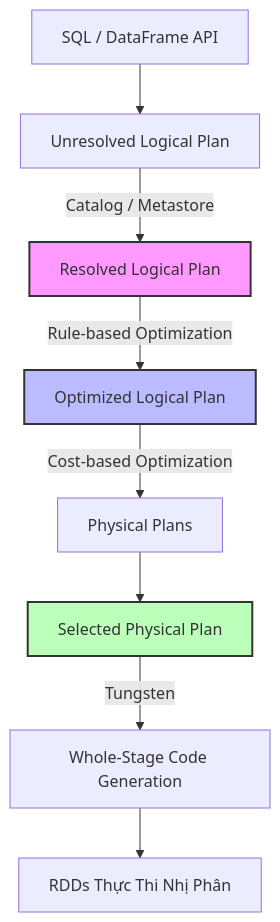
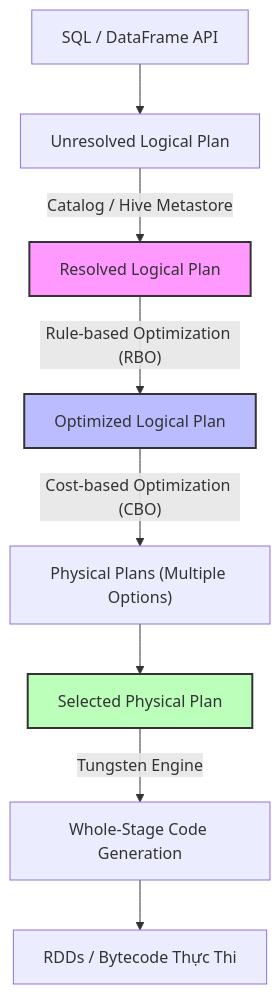
One commit to kythuatdulieu/kythuatdulieu.github.io changed the diagram in src/content/docs/concepts/4-compute-engines-batch/spark-sql.md. Above: the diagram before and after it, drawn with Mermaid. The commit also changed other lines of this file and 228 other files, not shown here.

Commit message:
Fix syntax and rewrite 200+ concepts docs to deep-dive system architecture and add GA4 tracking to quiz app

````diff
--- a/src/content/docs/concepts/4-compute-engines-batch/spark-sql.md
+++ b/src/content/docs/concepts/4-compute-engines-batch/spark-sql.md
@@ -28,14 +28,14 @@
 ```mermaid
 graph TD
     A["SQL / DataFrame API"] --> B["Unresolved Logical Plan"]
-    B -->|Catalog / Metastore| C["Resolved Logical Plan"]
-    C -->|Rule-based Optimization| D["Optimized Logical Plan"]
-    D -->|Cost-based Optimization| E["Physical Plans"]
+    B -->|Catalog / Hive Metastore| C["Resolved Logical Plan"]
+    C -->|"Rule-based Optimization (RBO)"| D["Optimized Logical Plan"]
+    D -->|"Cost-based Optimization (CBO)"| E["Physical Plans (Multiple Options)"]
     E --> F["Selected Physical Plan"]
-    F -->|Tungsten| G["Whole-Stage Code Generation"]
-    G --> H["RDDs Thực Thi Nhị Phân"]
+    F -->|Tungsten Engine| G["Whole-Stage Code Generation"]
+    G --> H["RDDs / Bytecode Thực Thi"]
     
     style C fill:#f9f,stroke:#333,stroke-width:2px
     style D fill:#bbf,stroke:#333,stroke-width:2px
     style F fill:#bfb,stroke:#333,stroke-width:2px
 ```
````
